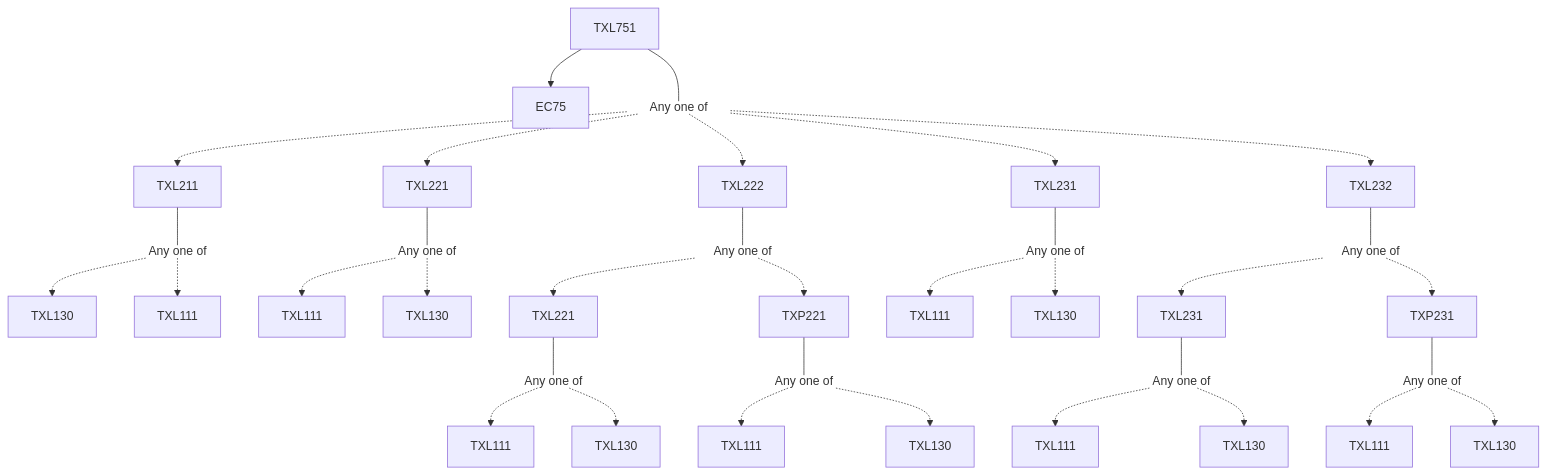
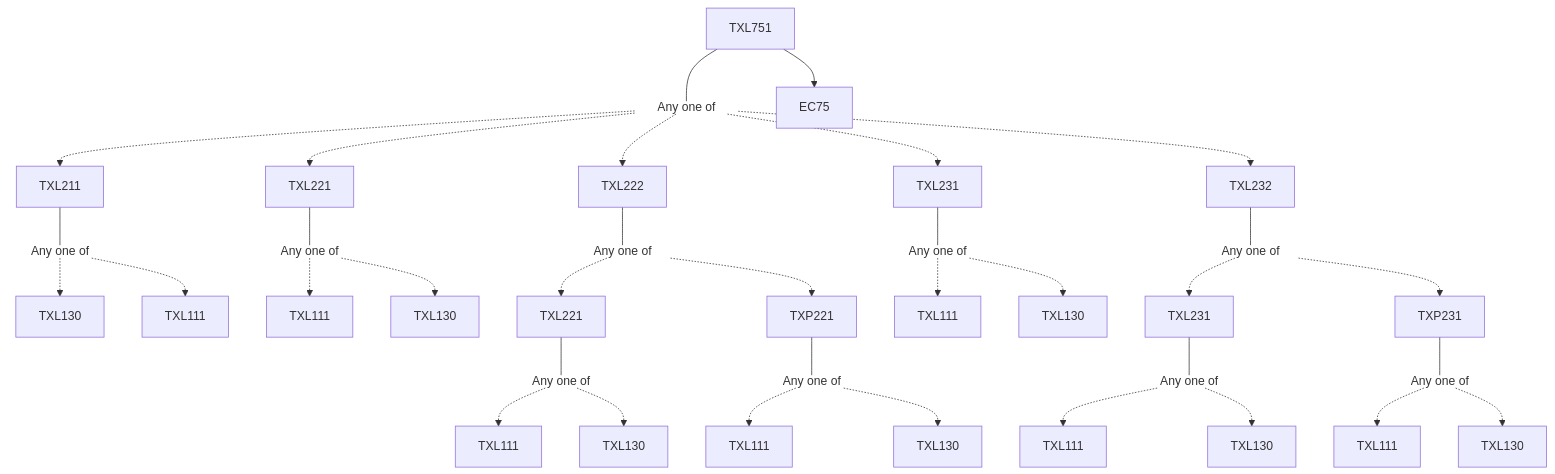
The diagram in content/Textile and Fibre Engineering/TXL751.md (KeshavBansal0122/CoS_Website), drawn with Mermaid before and after one commit. The commit also changed other lines of this file and 2667 other files, not shown here.

````diff
--- a/content/Textile and Fibre Engineering/TXL751.md
+++ b/content/Textile and Fibre Engineering/TXL751.md
@@ -15,41 +13,41 @@
 ```mermaid
 flowchart TD
-TXL751-497[TXL751]
-TXL751-497 --> EC75-497[EC75]
-TXL751-497 --- Or498[Any one of]:::empty
-TXL211-499 --- Or500[Any one of]:::empty
-Or500 -.-> TXL130-501[TXL130]
-Or500 -.-> TXL111-502[TXL111]
-Or498 -.-> TXL211-499[TXL211]
-TXL221-503 --- Or504[Any one of]:::empty
-Or504 -.-> TXL111-505[TXL111]
-Or504 -.-> TXL130-506[TXL130]
-Or498 -.-> TXL221-503[TXL221]
-Or498 -.-> TXL222-507[TXL222]
-TXL222-507 --- Or508[Any one of]:::empty
-Or508 -.-> TXL221-509[TXL221]
-TXL221-509 --- Or510[Any one of]:::empty
-Or510 -.-> TXL111-511[TXL111]
-Or510 -.-> TXL130-512[TXL130]
-TXP221-513 --- Or514[Any one of]:::empty
-Or514 -.-> TXL111-515[TXL111]
-Or514 -.-> TXL130-516[TXL130]
-Or508 -.-> TXP221-513[TXP221]
-Or498 -.-> TXL231-517[TXL231]
-TXL231-517 --- Or518[Any one of]:::empty
-Or518 -.-> TXL111-519[TXL111]
-Or518 -.-> TXL130-520[TXL130]
-TXL232-521 --- Or522[Any one of]:::empty
-Or522 -.-> TXL231-523[TXL231]
-TXL231-523 --- Or524[Any one of]:::empty
-Or524 -.-> TXL111-525[TXL111]
-Or524 -.-> TXL130-526[TXL130]
-TXP231-527 --- Or528[Any one of]:::empty
-Or528 -.-> TXL111-529[TXL111]
-Or528 -.-> TXL130-530[TXL130]
-Or522 -.-> TXP231-527[TXP231]
-Or498 -.-> TXL232-521[TXL232]
+TXL751-1719[TXL751]
+TXL751-1719 --- Or1720[Any one of]:::empty
+TXL211-1721 --- Or1722[Any one of]:::empty
+Or1722 -.-> TXL130-1723[TXL130]
+Or1722 -.-> TXL111-1724[TXL111]
+Or1720 -.-> TXL211-1721[TXL211]
+TXL221-1725 --- Or1726[Any one of]:::empty
+Or1726 -.-> TXL111-1727[TXL111]
+Or1726 -.-> TXL130-1728[TXL130]
+Or1720 -.-> TXL221-1725[TXL221]
+Or1720 -.-> TXL222-1729[TXL222]
+TXL222-1729 --- Or1730[Any one of]:::empty
+TXL221-1731 --- Or1732[Any one of]:::empty
+Or1732 -.-> TXL111-1733[TXL111]
+Or1732 -.-> TXL130-1734[TXL130]
+Or1730 -.-> TXL221-1731[TXL221]
+TXP221-1735 --- Or1736[Any one of]:::empty
+Or1736 -.-> TXL111-1737[TXL111]
+Or1736 -.-> TXL130-1738[TXL130]
+Or1730 -.-> TXP221-1735[TXP221]
+Or1720 -.-> TXL231-1739[TXL231]
+TXL231-1739 --- Or1740[Any one of]:::empty
+Or1740 -.-> TXL111-1741[TXL111]
+Or1740 -.-> TXL130-1742[TXL130]
+Or1720 -.-> TXL232-1743[TXL232]
+TXL232-1743 --- Or1744[Any one of]:::empty
+TXL231-1745 --- Or1746[Any one of]:::empty
+Or1746 -.-> TXL111-1747[TXL111]
+Or1746 -.-> TXL130-1748[TXL130]
+Or1744 -.-> TXL231-1745[TXL231]
+Or1744 -.-> TXP231-1749[TXP231]
+TXP231-1749 --- Or1750[Any one of]:::empty
+Or1750 -.-> TXL111-1751[TXL111]
+Or1750 -.-> TXL130-1752[TXL130]
+TXL751-1719 --> EC75-1719[EC75]
 
 classDef empty height:17px, fill:transparent, stroke:transparent;
 classDef trueEmpty height:0px, width:0px;
 ```
````
